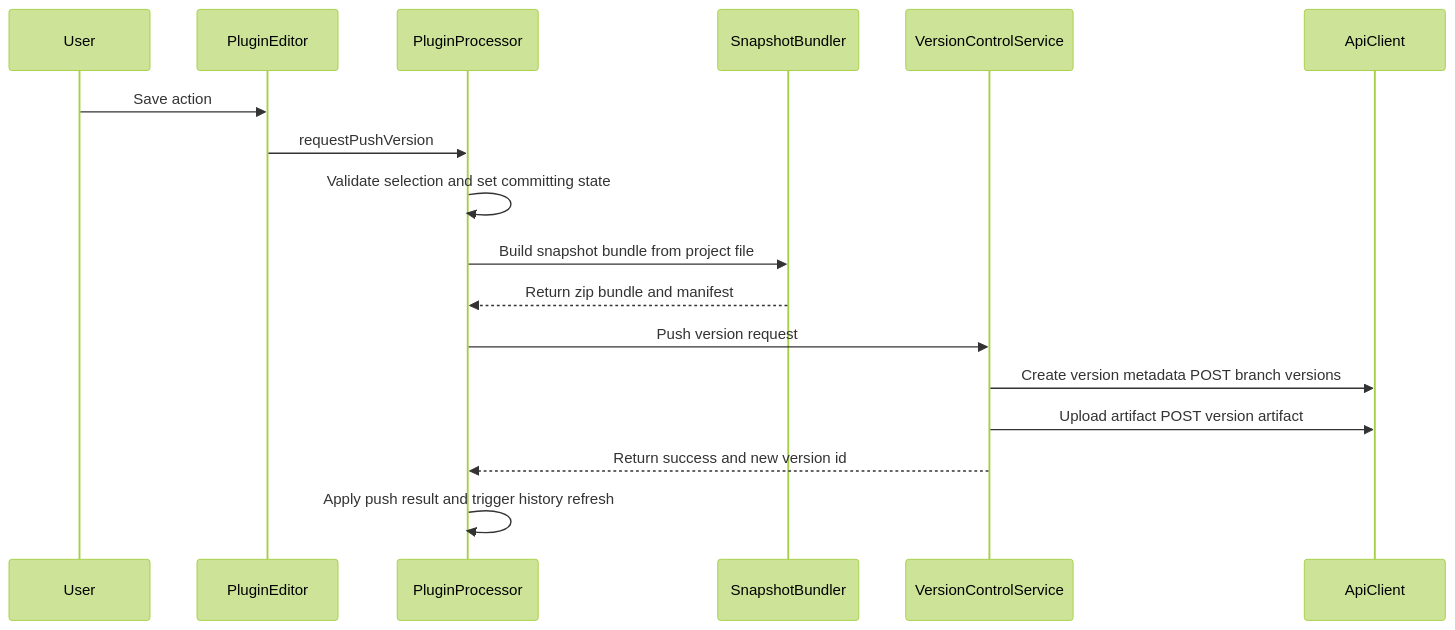
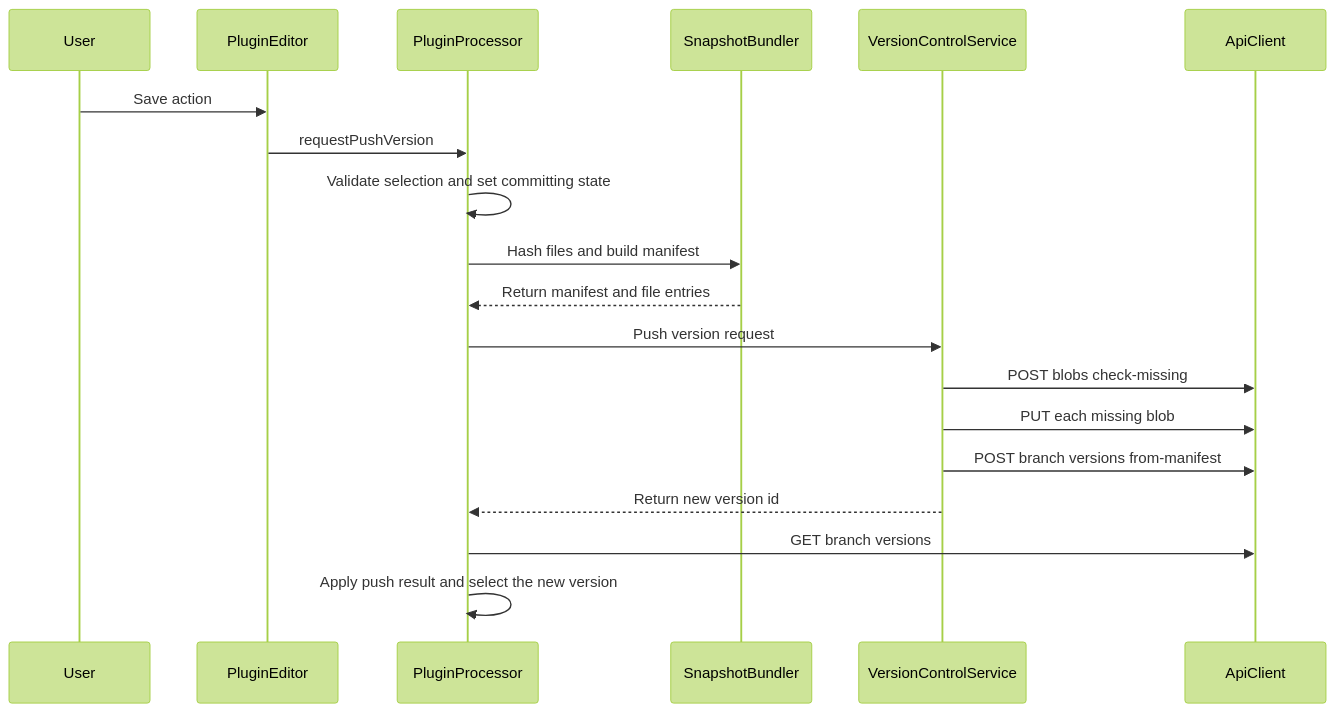
The second of 3 diagrams in docs/plugin-data-flow.md (stemhub-org/Stemhub), drawn with Mermaid (forest theme) before and after one commit. The commit also changed other lines of this file and 21 other files, not shown here.

First line of the commit message:
refactor(plugin): remove the legacy artifact flow, rebuild auto-restore (#264)

````diff
--- a/docs/plugin-data-flow.md
+++ b/docs/plugin-data-flow.md
@@ -137,20 +144,22 @@
 ```mermaid
 sequenceDiagram
     participant U as User
     participant E as PluginEditor
     participant P as PluginProcessor
     participant S as SnapshotBundler
     participant V as VersionControlService
     participant A as ApiClient
 
     U->>E: Save action
     E->>P: requestPushVersion
     P->>P: Validate selection and set committing state
-    P->>S: Build snapshot bundle from project file
-    S-->>P: Return zip bundle and manifest
+    P->>S: Hash files and build manifest
+    S-->>P: Return manifest and file entries
     P->>V: Push version request
-    V->>A: Create version metadata POST branch versions
-    V->>A: Upload artifact POST version artifact
-    V-->>P: Return success and new version id
-    P->>P: Apply push result and trigger history refresh
+    V->>A: POST blobs check-missing
+    V->>A: PUT each missing blob
+    V->>A: POST branch versions from-manifest
+    V-->>P: Return new version id
+    P->>A: GET branch versions
+    P->>P: Apply push result and select the new version
 ```
````
